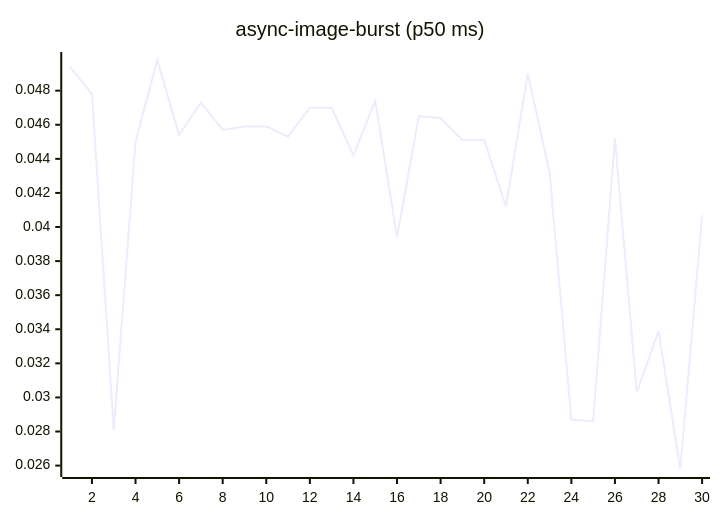
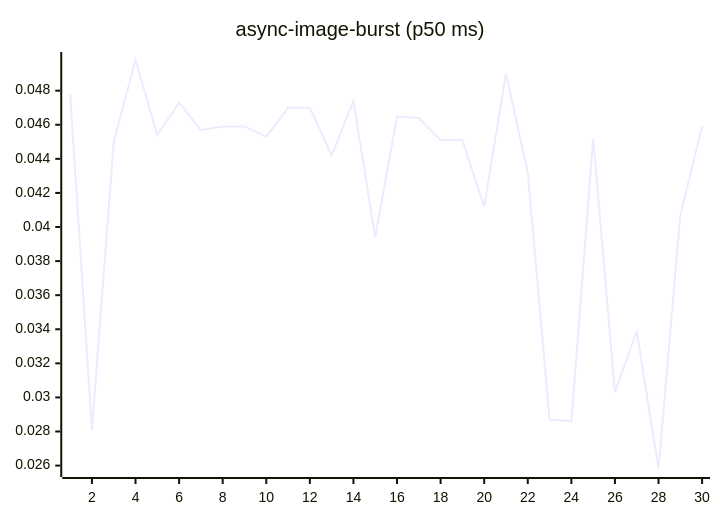
The fourth of 27 diagrams in README.md (josha/Facet), drawn with Mermaid before and after one commit. The commit also changed other lines of this file and 2 other files, not shown here.

````diff
--- a/README.md
+++ b/README.md
@@ -84,6 +84,6 @@
 ```mermaid
 xychart-beta
     title "async-image-burst (p50 ms)"
     x-axis 1 --> 30
-    line [0.0494, 0.0478, 0.0281, 0.0450, 0.0498, 0.0454, 0.0473, 0.0457, 0.0459, 0.0459, 0.0453, 0.0470, 0.0470, 0.0442, 0.0474, 0.0394, 0.0465, 0.0464, 0.0451, 0.0451, 0.0412, 0.0490, 0.0432, 0.0287, 0.0286, 0.0452, 0.0303, 0.0339, 0.0258, 0.0407]
+    line [0.0478, 0.0281, 0.0450, 0.0498, 0.0454, 0.0473, 0.0457, 0.0459, 0.0459, 0.0453, 0.0470, 0.0470, 0.0442, 0.0474, 0.0394, 0.0465, 0.0464, 0.0451, 0.0451, 0.0412, 0.0490, 0.0432, 0.0287, 0.0286, 0.0452, 0.0303, 0.0339, 0.0258, 0.0407, 0.0459]
 ```
````
